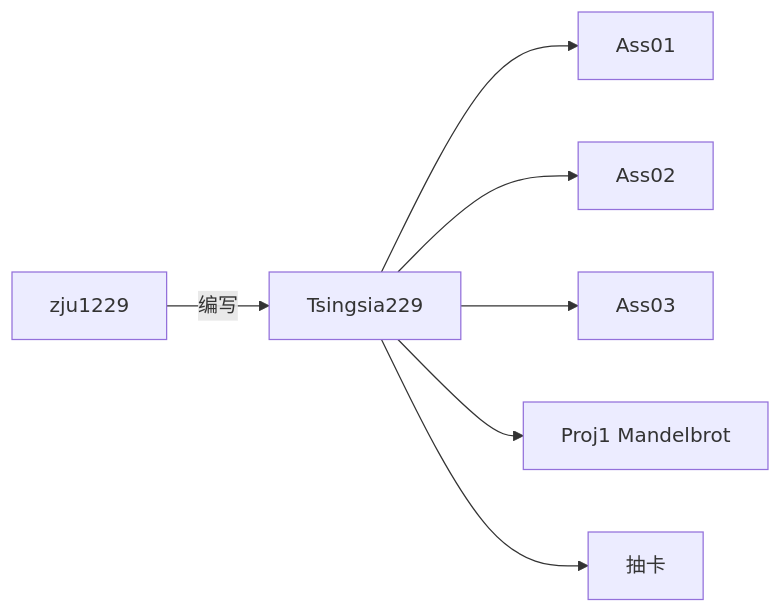
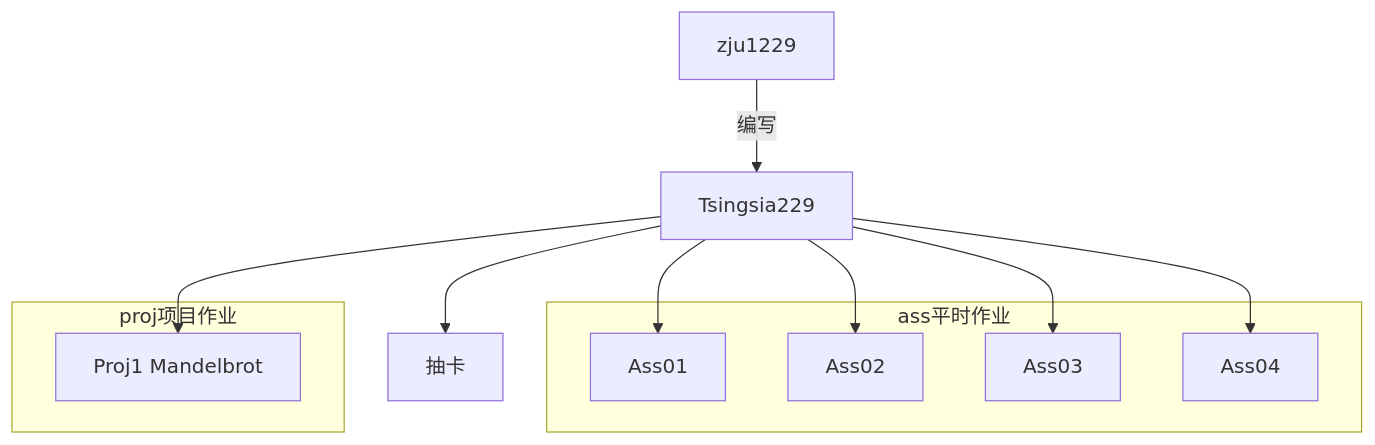
One commit to zju1229/Tsingsia229_OUTPUT changed the third of 3 diagrams in README.md. Above: the diagram before and after it, drawn with Mermaid. The commit also changed other lines of this file, not shown here.

````diff
--- a/README.md
+++ b/README.md
@@ -31,9 +37,19 @@
 ```mermaid
-graph LR
-  A[Tsingsia229] --> G[Ass01]
-  A --> B[Ass02]
-  A --> C[Ass03]
-  A --> D[Proj1 Mandelbrot]
-  E[zju1229] -->|编写| A
+graph TD
+  E[zju1229] -->|编写| A[Tsingsia229]
+  A --> B1[Ass01]
+  A --> B2[Ass02]
+  A --> B3[Ass03]
+  A --> B4[Ass04]
+  subgraph ass平时作业
+    B1
+    B2
+    B3
+    B4
+  end
+  A --> P1
+  subgraph proj项目作业
+    P1[Proj1 Mandelbrot]
+  end
   A --> F[抽卡]
 ```
````
